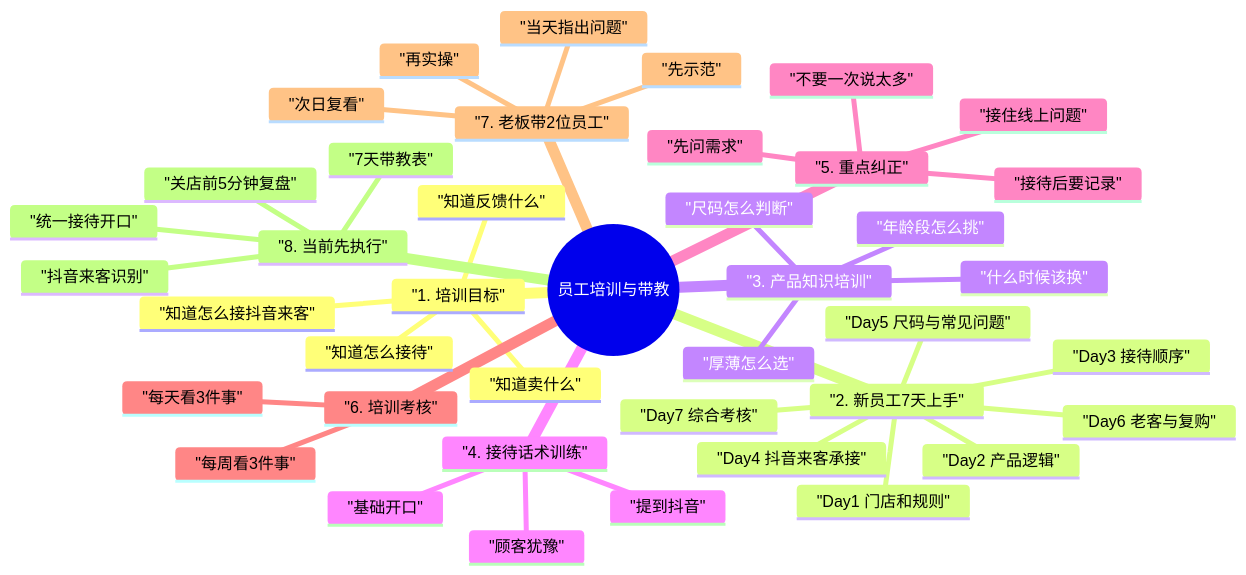
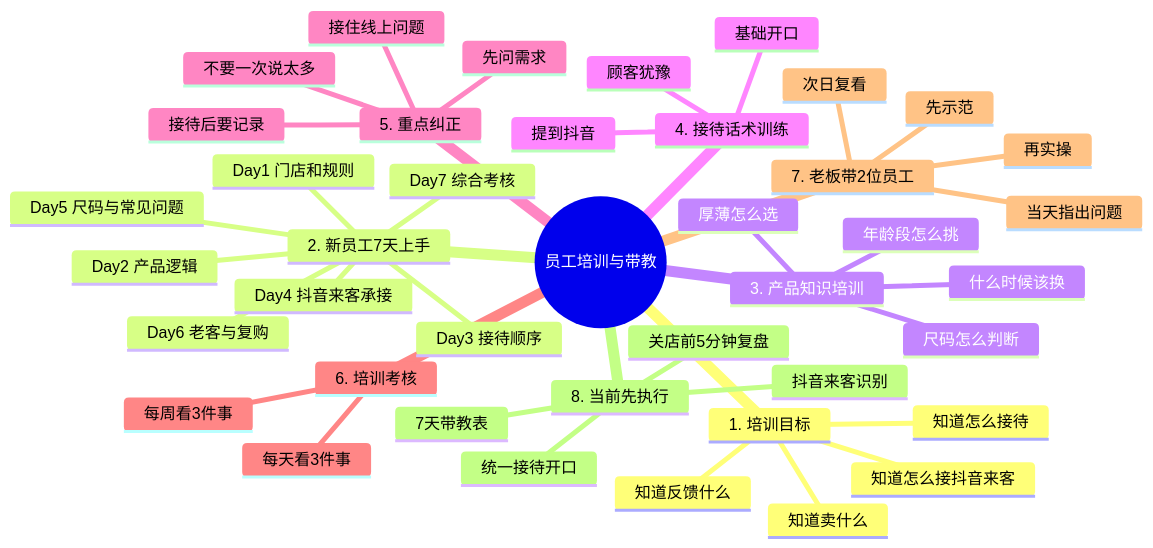
The diagram in mindmaps/09-员工培训与带教SOP-mindmap.md (lizhihui0215/Black-Tonny), drawn with Mermaid before and after one commit. The commit also changed 29 other files, not shown here.

Commit message:
docs: fix mermaid mindmaps and add xmind exports

````diff
--- a/mindmaps/09-员工培训与带教SOP-mindmap.md
+++ b/mindmaps/09-员工培训与带教SOP-mindmap.md
@@ -3,44 +3,44 @@
 ```mermaid
 mindmap
-  root(("员工培训与带教"))
-    "1. 培训目标"
-      "知道卖什么"
-      "知道怎么接待"
-      "知道怎么接抖音来客"
-      "知道反馈什么"
-    "2. 新员工7天上手"
-      "Day1 门店和规则"
-      "Day2 产品逻辑"
-      "Day3 接待顺序"
-      "Day4 抖音来客承接"
-      "Day5 尺码与常见问题"
-      "Day6 老客与复购"
-      "Day7 综合考核"
-    "3. 产品知识培训"
-      "什么时候该换"
-      "厚薄怎么选"
-      "年龄段怎么挑"
-      "尺码怎么判断"
-    "4. 接待话术训练"
-      "基础开口"
-      "顾客犹豫"
-      "提到抖音"
-    "5. 重点纠正"
-      "先问需求"
-      "不要一次说太多"
-      "接住线上问题"
-      "接待后要记录"
-    "6. 培训考核"
-      "每天看3件事"
-      "每周看3件事"
-    "7. 老板带2位员工"
-      "先示范"
-      "再实操"
-      "当天指出问题"
-      "次日复看"
-    "8. 当前先执行"
-      "7天带教表"
-      "统一接待开口"
-      "抖音来客识别"
-      "关店前5分钟复盘"
+  root((员工培训与带教))
+    1. 培训目标
+      知道卖什么
+      知道怎么接待
+      知道怎么接抖音来客
+      知道反馈什么
+    2. 新员工7天上手
+      Day1 门店和规则
+      Day2 产品逻辑
+      Day3 接待顺序
+      Day4 抖音来客承接
+      Day5 尺码与常见问题
+      Day6 老客与复购
+      Day7 综合考核
+    3. 产品知识培训
+      什么时候该换
+      厚薄怎么选
+      年龄段怎么挑
+      尺码怎么判断
+    4. 接待话术训练
+      基础开口
+      顾客犹豫
+      提到抖音
+    5. 重点纠正
+      先问需求
+      不要一次说太多
+      接住线上问题
+      接待后要记录
+    6. 培训考核
+      每天看3件事
+      每周看3件事
+    7. 老板带2位员工
+      先示范
+      再实操
+      当天指出问题
+      次日复看
+    8. 当前先执行
+      7天带教表
+      统一接待开口
+      抖音来客识别
+      关店前5分钟复盘
 ```
````
